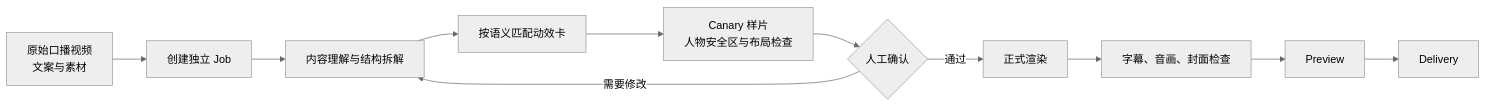
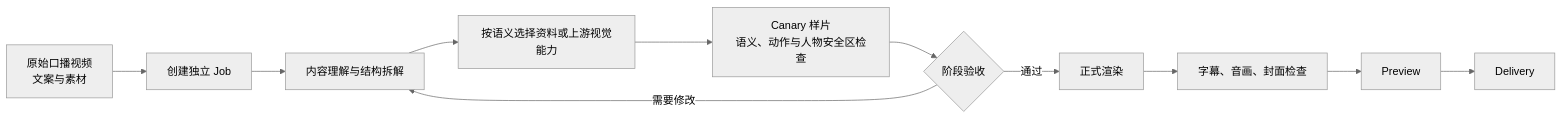
One commit to fjhongdong/hd-talking-head changed the diagram in README.md. Above: the diagram before and after it, drawn with Mermaid (neutral theme). The commit also changed other lines of this file and 50 other files, not shown here.

````diff
--- a/README.md
+++ b/README.md
@@ -48,13 +31,13 @@
 ```mermaid
 flowchart LR
     A[原始口播视频<br/>文案与素材] --> B[创建独立 Job]
     B --> C[内容理解与结构拆解]
-    C --> D[按语义匹配动效卡]
-    D --> E[Canary 样片<br/>人物安全区与布局检查]
-    E --> F{人工确认}
+    C --> D[按语义选择资料或上游视觉能力]
+    D --> E[Canary 样片<br/>语义、动作与人物安全区检查]
+    E --> F{阶段验收}
     F -- 需要修改 --> C
     F -- 通过 --> G[正式渲染]
     G --> H[字幕、音画、封面检查]
     H --> I[Preview]
     I --> J[Delivery]
 ```
````
